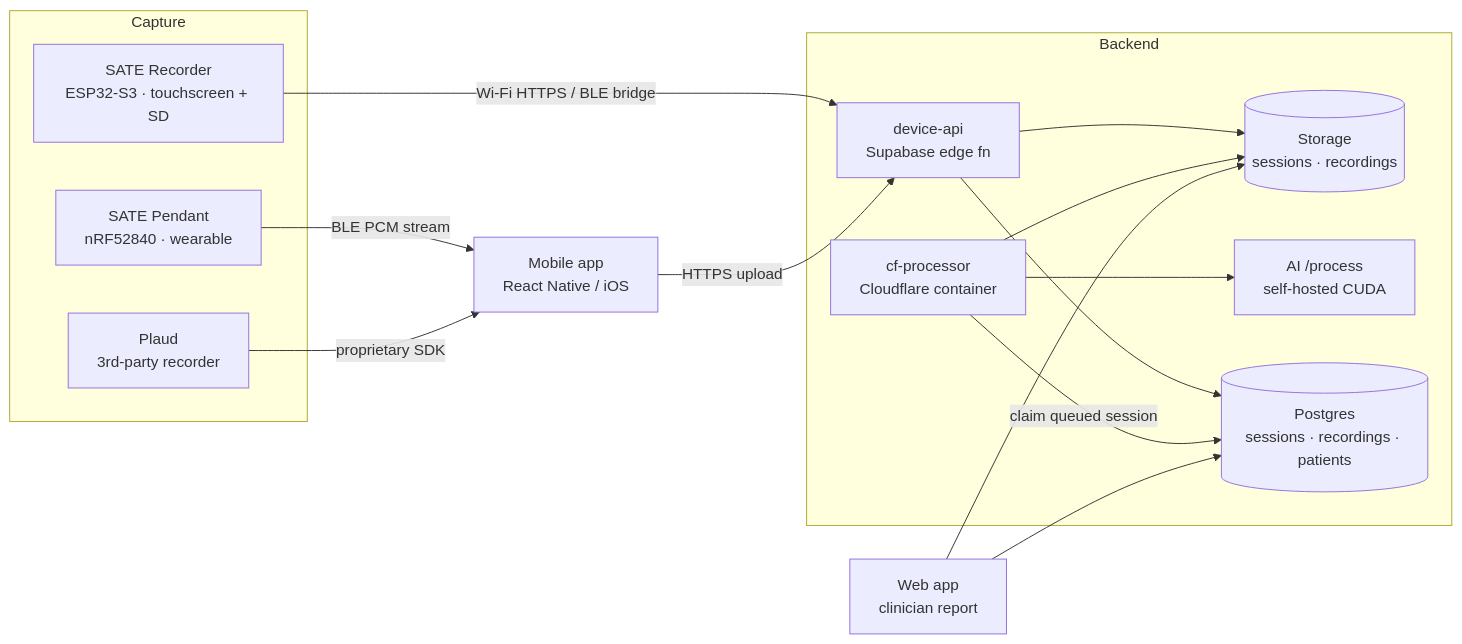
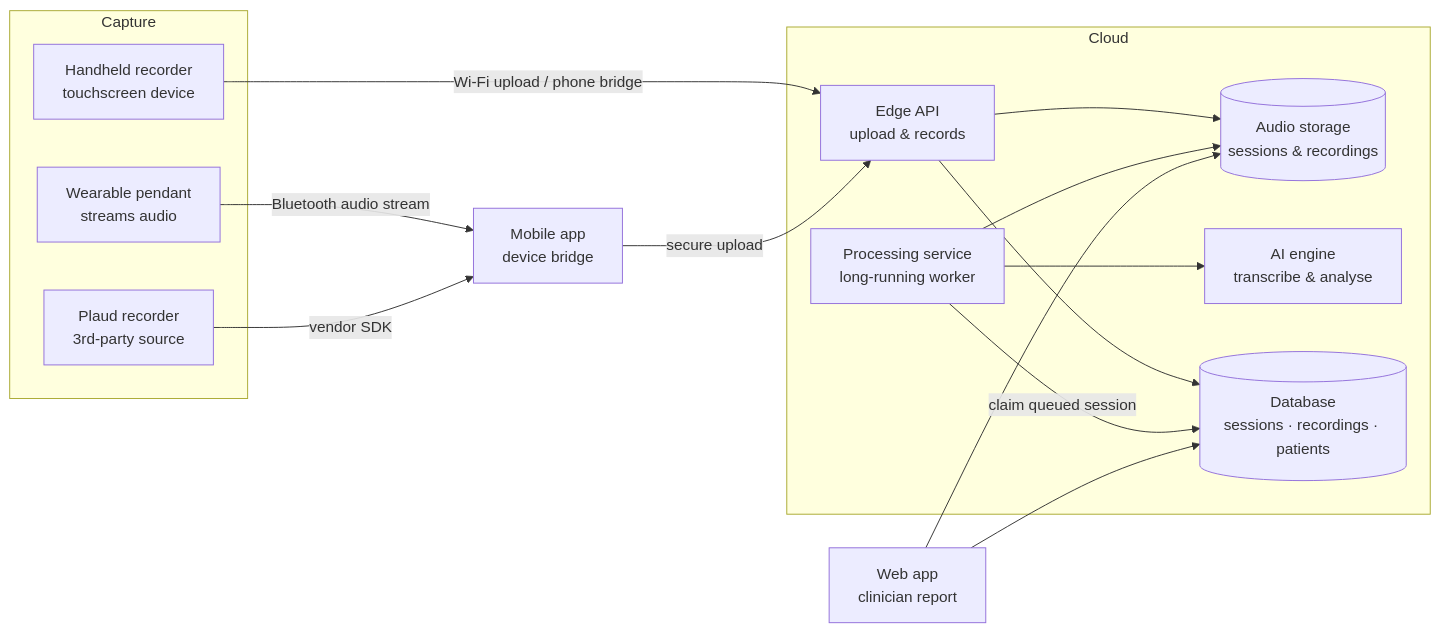
Before and after one commit to Longcao24/sate-companion: the diagram in docs-site/docs/intro.md, drawn with Mermaid. The commit also changed other lines of this file and 17 other files, not shown here.

First line of the commit message:
docs-site: generalize published docs + add system-overview diagram

````diff
--- a/docs-site/docs/intro.md
+++ b/docs-site/docs/intro.md
@@ -54,32 +54,32 @@
 ```mermaid
 flowchart LR
   subgraph Capture
-    REC["SATE Recorder<br/>ESP32-S3 · touchscreen + SD"]
-    PEN["SATE Pendant<br/>nRF52840 · wearable"]
-    PLA["Plaud<br/>3rd-party recorder"]
+    REC["Handheld recorder<br/>touchscreen device"]
+    PEN["Wearable pendant<br/>streams audio"]
+    PLA["Plaud recorder<br/>3rd-party source"]
   end
 
-  APP["Mobile app<br/>React Native / iOS"]
+  APP["Mobile app<br/>device bridge"]
 
-  subgraph Backend
-    API["device-api<br/>Supabase edge fn"]
-    STG[("Storage<br/>sessions · recordings")]
-    PROC["cf-processor<br/>Cloudflare container"]
-    AI["AI /process<br/>self-hosted CUDA"]
-    DB[("Postgres<br/>sessions · recordings · patients")]
+  subgraph Cloud
+    API["Edge API<br/>upload & records"]
+    STG[("Audio storage<br/>sessions & recordings")]
+    PROC["Processing service<br/>long-running worker"]
+    AI["AI engine<br/>transcribe & analyse"]
+    DB[("Database<br/>sessions · recordings · patients")]
   end
 
   WEB["Web app<br/>clinician report"]
 
-  REC -- "Wi-Fi HTTPS / BLE bridge" --> API
-  PEN -- "BLE PCM stream" --> APP
-  PLA -- "proprietary SDK" --> APP
-  APP -- "HTTPS upload" --> API
+  REC -- "Wi-Fi upload / phone bridge" --> API
+  PEN -- "Bluetooth audio stream" --> APP
+  PLA -- "vendor SDK" --> APP
+  APP -- "secure upload" --> API
   API --> STG
   API --> DB
   PROC -- "claim queued session" --> DB
   PROC --> STG
   PROC --> AI
   WEB --> DB
   WEB --> STG
 ```
````
